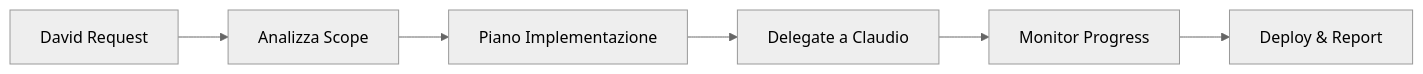
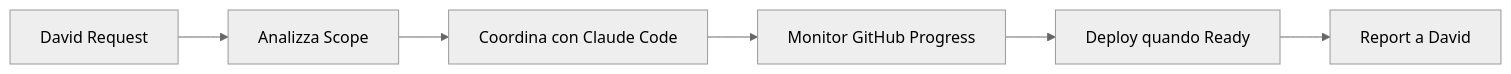
Before and after one commit to ecologicaleaving/workflow: the diagram in WORKFLOW_CICCIO.md, drawn with Mermaid (neutral theme). The commit also changed other lines of this file and 9 other files, not shown here.

````diff
--- a/WORKFLOW_CICCIO.md
+++ b/WORKFLOW_CICCIO.md
@@ -30,8 +30,8 @@
 ```mermaid
 graph LR
     A[David Request] --> B[Analizza Scope]
-    B --> C[Piano Implementazione]
-    C --> D[Delegate a Claudio]
-    D --> E[Monitor Progress]
-    E --> F[Deploy & Report]
+    B --> C[Coordina con Claude Code]
+    C --> D[Monitor GitHub Progress]
+    D --> E[Deploy quando Ready]
+    E --> F[Report a David]
 ```
````
